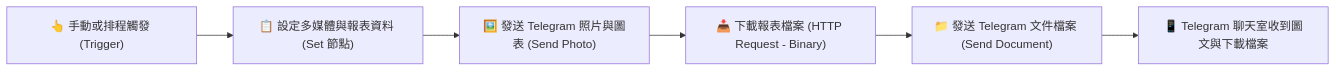
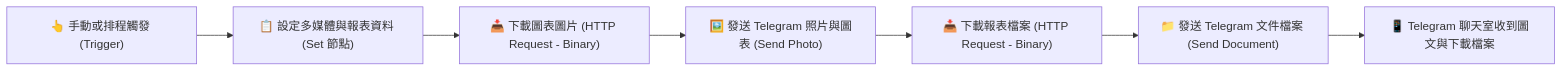
Before and after one commit to roberthsu2003/n8n: the diagram in 通訊軟體整合/Telegram/Telegram發送多媒體與文件/README.md, drawn with Mermaid. The commit also changed other lines of this file, not shown here.

````diff
--- a/通訊軟體整合/Telegram/Telegram發送多媒體與文件/README.md
+++ b/通訊軟體整合/Telegram/Telegram發送多媒體與文件/README.md
@@ -12,8 +12,9 @@
 ```mermaid
 flowchart LR
     A["👆 手動或排程觸發 (Trigger)"] --> B["📋 設定多媒體與報表資料 (Set 節點)"]
-    B --> C["🖼️ 發送 Telegram 照片與圖表 (Send Photo)"]
-    C --> D["📥 下載報表檔案 (HTTP Request - Binary)"]
-    D --> E["📁 發送 Telegram 文件檔案 (Send Document)"]
-    E --> F["📱 Telegram 聊天室收到圖文與下載檔案"]
+    B --> C["📥 下載圖表圖片 (HTTP Request - Binary)"]
+    C --> D["🖼️ 發送 Telegram 照片與圖表 (Send Photo)"]
+    D --> E["📥 下載報表檔案 (HTTP Request - Binary)"]
+    E --> F["📁 發送 Telegram 文件檔案 (Send Document)"]
+    F --> G["📱 Telegram 聊天室收到圖文與下載檔案"]
 ```
````
